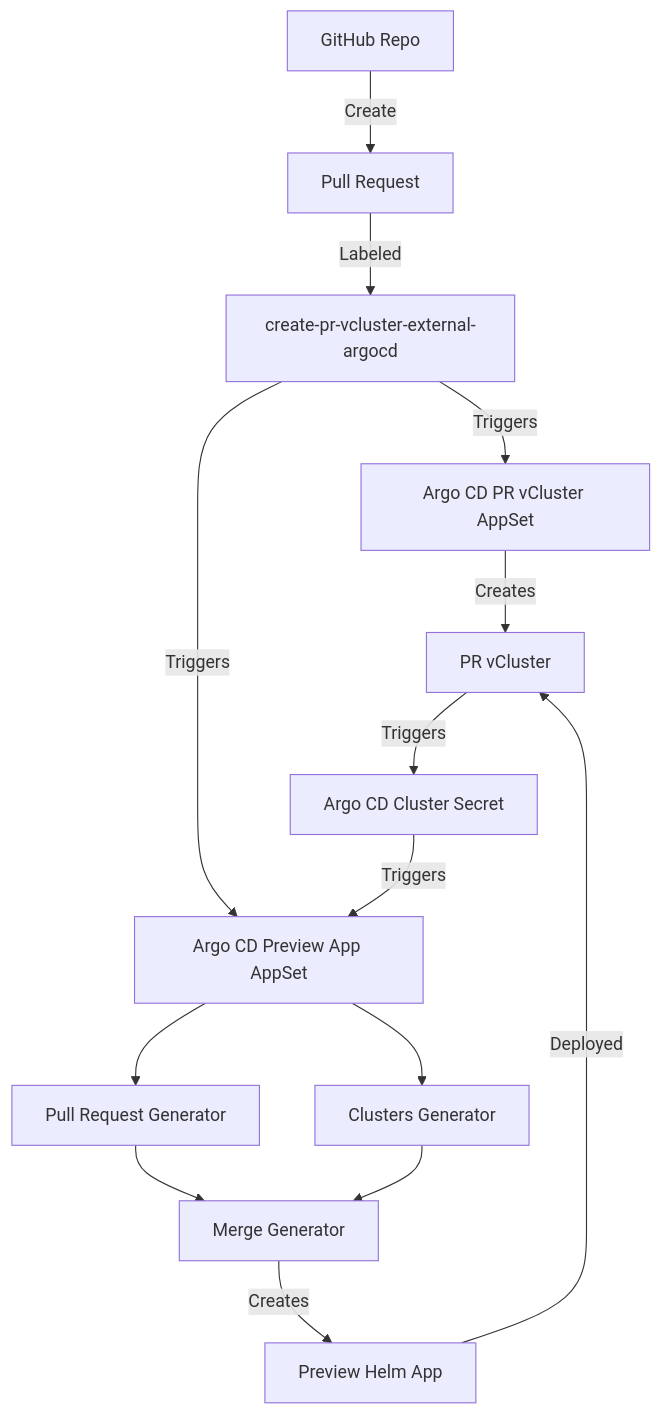
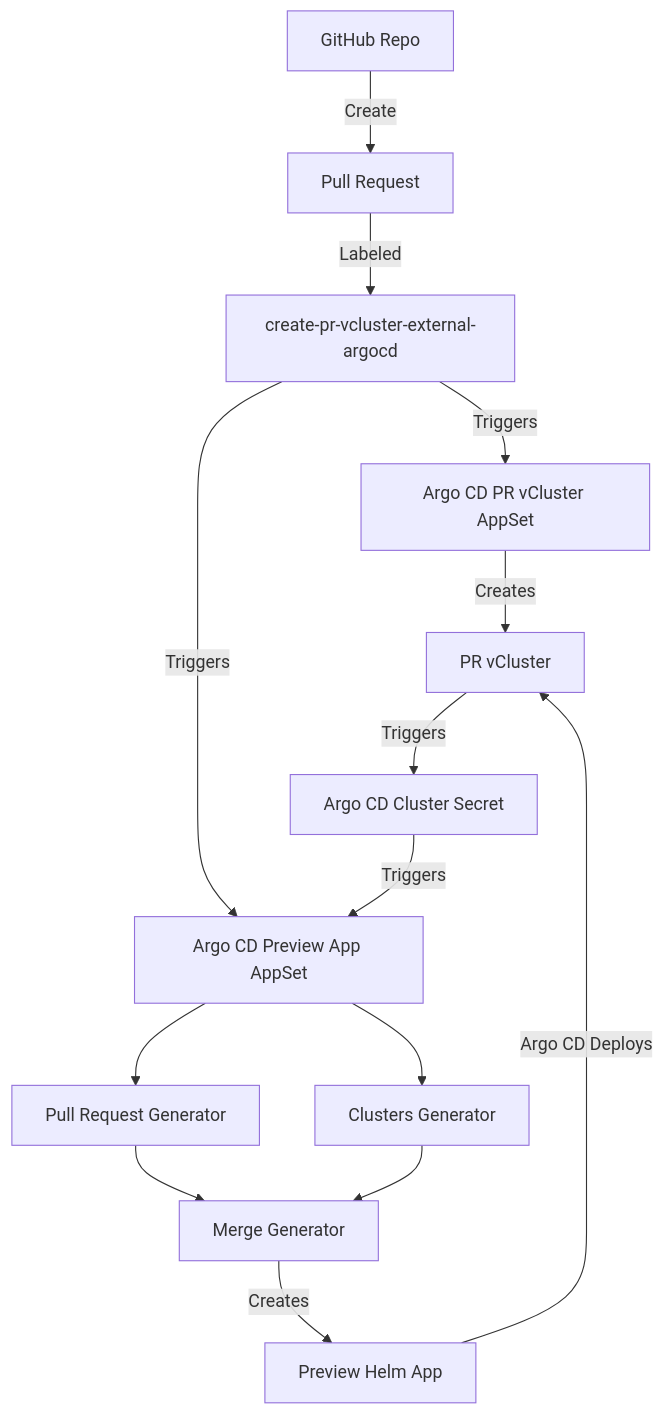
The diagram in vcluster-gitops/argocd/pr-environments/pr-vCluster-external-argo-flow.md (loft-demos/vcluster-platform-demo-app-template), drawn with Mermaid before and after one commit.

````diff
--- a/vcluster-gitops/argocd/pr-environments/pr-vCluster-external-argo-flow.md
+++ b/vcluster-gitops/argocd/pr-environments/pr-vCluster-external-argo-flow.md
@@ -3,19 +3,19 @@
 ```mermaid
 ---
 config:
   look: classic
 ---
 flowchart TD
     A["GitHub Repo"] -->| Create | B["Pull Request"] -->| Labeled | L[create-pr-vcluster-external-argocd] 
     L -->| Triggers | C["Argo CD PR vCluster AppSet"]
     C -->| Creates | V["PR vCluster"]
     V --> | Triggers |CS["Argo CD Cluster Secret"]
     L --> | Triggers |AS["Argo CD Preview App AppSet"]
     CS --> | Triggers |AS["Argo CD Preview App AppSet"]
     AS --> MP["Pull Request Generator"]
     AS --> MC["Clusters Generator"]
     MP --> MG["Merge Generator"]
     MC --> MG["Merge Generator"]
     MG -->| Creates | APP["Preview Helm App"]
-    APP --> | Deployed | V
+    APP --> | Argo CD Deploys | V
 ```
````
